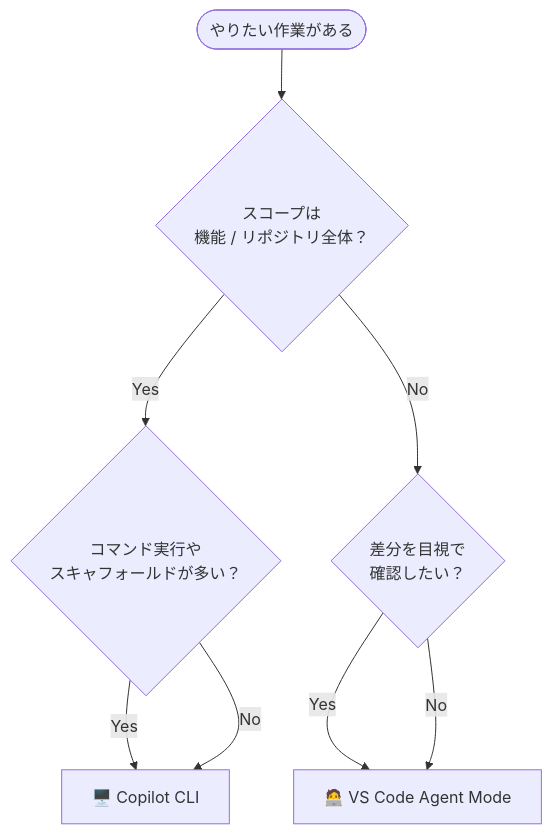
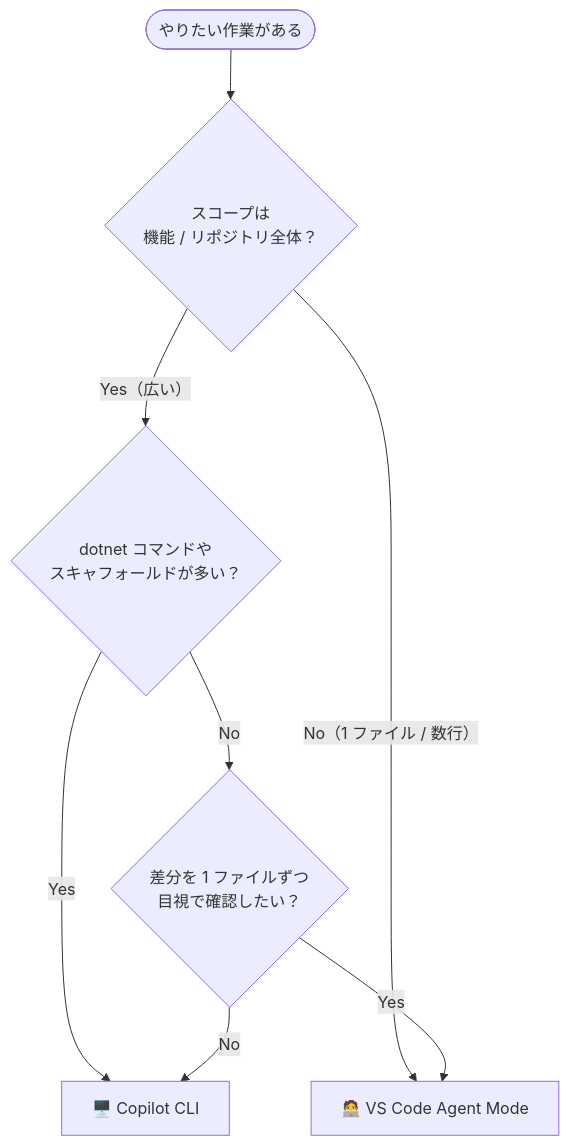
Before and after one commit to tomokusaba/zenn: the diagram in articles/838cdac8d71e52.md, drawn with Mermaid. The commit also changed other lines of this file, not shown here.

Commit message:
GitHub Copilot CLI の機能比較セクションを整理し、冗長な見出しを削除。フローチャートの表現を明確化。

````diff
--- a/articles/838cdac8d71e52.md
+++ b/articles/838cdac8d71e52.md
@@ -244,10 +242,10 @@
 ```mermaid
 flowchart TB
     Start([やりたい作業がある]) --> Q1{スコープは<br/>機能 / リポジトリ全体？}
-    Q1 -- Yes --> Q2{コマンド実行や<br/>スキャフォールドが多い？}
-    Q1 -- No --> Q3{差分を目視で<br/>確認したい？}
+    Q1 -- Yes（広い） --> Q2{dotnet コマンドや<br/>スキャフォールドが多い？}
+    Q1 -- No（1 ファイル / 数行） --> Agent[🧑‍💻 VS Code Agent Mode]
     Q2 -- Yes --> CLI[🖥️ Copilot CLI]
-    Q2 -- No --> CLI
-    Q3 -- Yes --> Agent[🧑‍💻 VS Code Agent Mode]
-    Q3 -- No --> Agent
+    Q2 -- No --> Q3{差分を 1 ファイルずつ<br/>目視で確認したい？}
+    Q3 -- Yes --> Agent
+    Q3 -- No --> CLI
 ```
````
